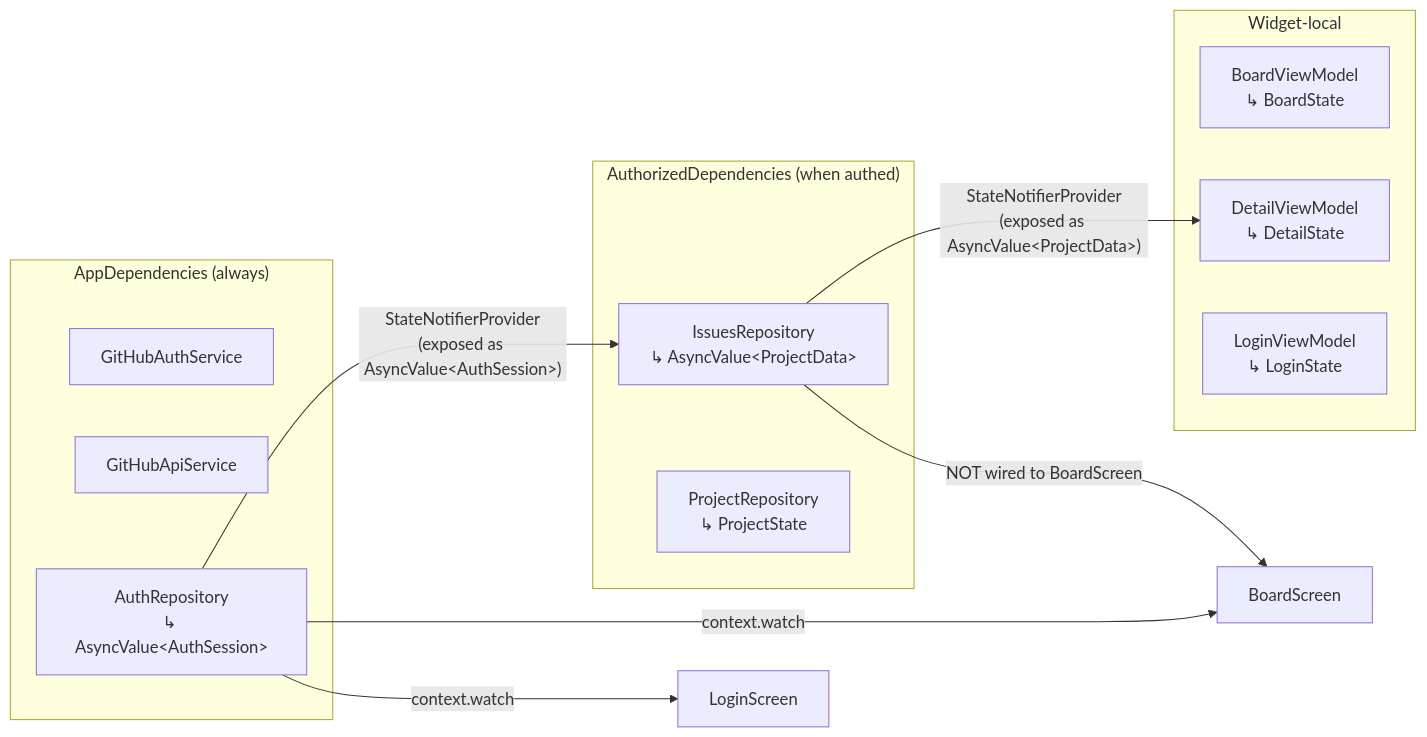
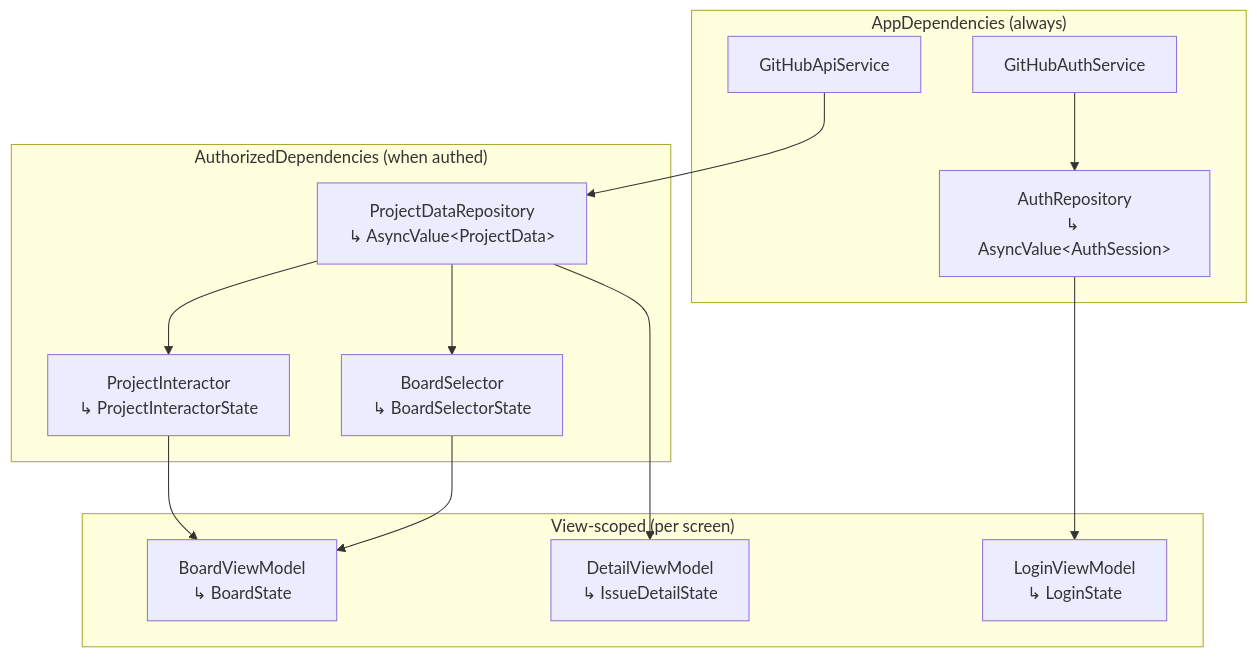
One commit to nicholasspencer/big-top changed the second of 3 diagrams in docs/arch/data-flow.md. Above: the diagram before and after it, drawn with Mermaid. The commit also changed other lines of this file and 24 other files, not shown here.

First line of the commit message:
feat: predictable-flutter architecture (Data → Domain → View)

````diff
--- a/docs/arch/data-flow.md
+++ b/docs/arch/data-flow.md
@@ -49,25 +43,29 @@
 ```mermaid
-graph LR
-    subgraph "AppDependencies (always)"
-        GAS[GitHubAuthService]
-        GAPI[GitHubApiService]
-        AR["AuthRepository\n↳ AsyncValue&lt;AuthSession&gt;"]
+graph TD
+    subgraph AppDeps["AppDependencies (always)"]
+        AuthSvc[GitHubAuthService]
+        ApiSvc[GitHubApiService]
+        AuthRepo["AuthRepository\n↳ AsyncValue&lt;AuthSession&gt;"]
     end
 
-    subgraph "AuthorizedDependencies (when authed)"
-        IR["IssuesRepository\n↳ AsyncValue&lt;ProjectData&gt;"]
-        PR["ProjectRepository\n↳ ProjectState"]
+    subgraph AuthDeps["AuthorizedDependencies (when authed)"]
+        DataRepo["ProjectDataRepository\n↳ AsyncValue&lt;ProjectData&gt;"]
+        ProjectInt["ProjectInteractor\n↳ ProjectInteractorState"]
+        BoardSel["BoardSelector\n↳ BoardSelectorState"]
     end
 
-    subgraph "Widget-local"
-        BVM["BoardViewModel\n↳ BoardState"]
-        DVM["DetailViewModel\n↳ DetailState"]
-        LVM["LoginViewModel\n↳ LoginState"]
+    subgraph ViewScoped["View-scoped (per screen)"]
+        BoardVM["BoardViewModel\n↳ BoardState"]
+        DetailVM["DetailViewModel\n↳ IssueDetailState"]
+        LoginVM["LoginViewModel\n↳ LoginState"]
     end
 
-    AR -->|"StateNotifierProvider\n(exposed as AsyncValue&lt;AuthSession&gt;)"| IR
-    AR -->|"context.watch"| BS[BoardScreen]
-    AR -->|"context.watch"| LS[LoginScreen]
-    IR -->|"StateNotifierProvider\n(exposed as AsyncValue&lt;ProjectData&gt;)"| DVM
-    IR -->|"NOT wired to BoardScreen"| BS
+    AuthSvc --> AuthRepo
+    ApiSvc --> DataRepo
+    DataRepo --> ProjectInt
+    DataRepo --> BoardSel
+    ProjectInt --> BoardVM
+    BoardSel --> BoardVM
+    DataRepo --> DetailVM
+    AuthRepo --> LoginVM
 ```
````
